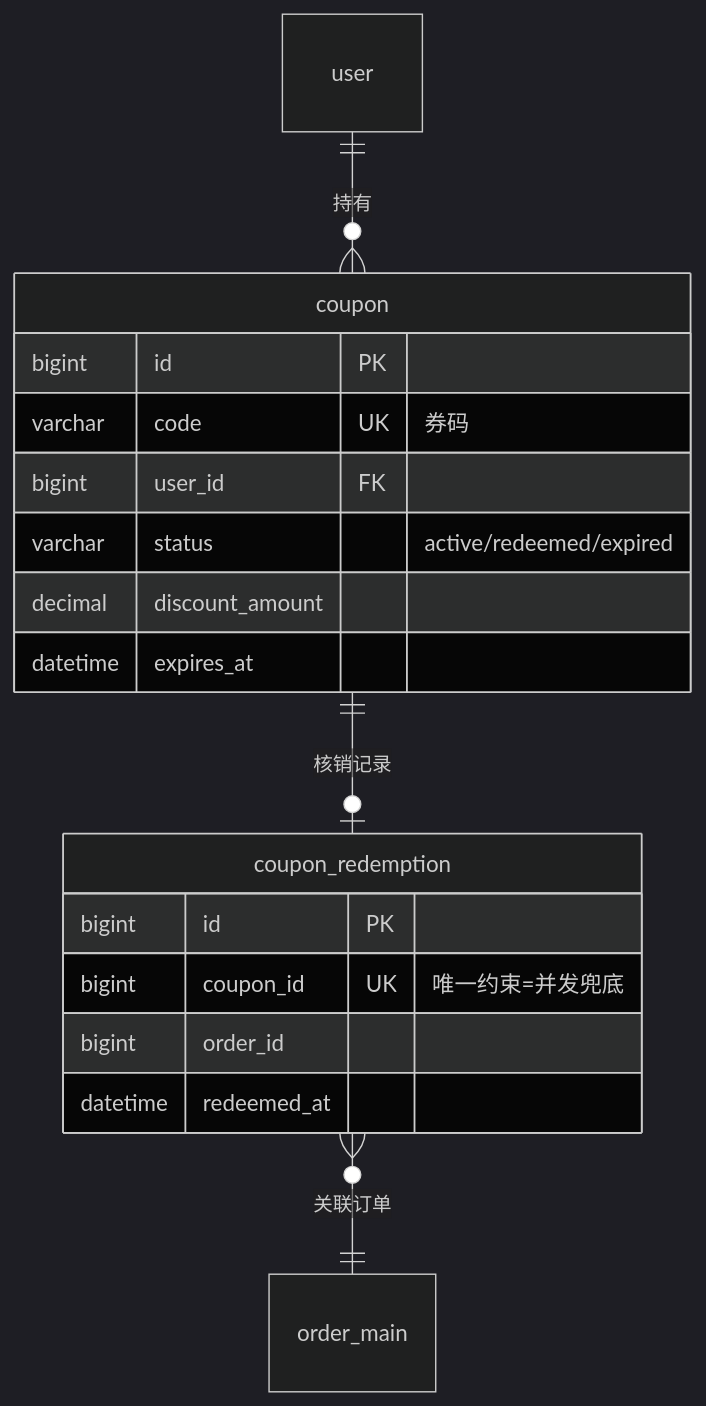
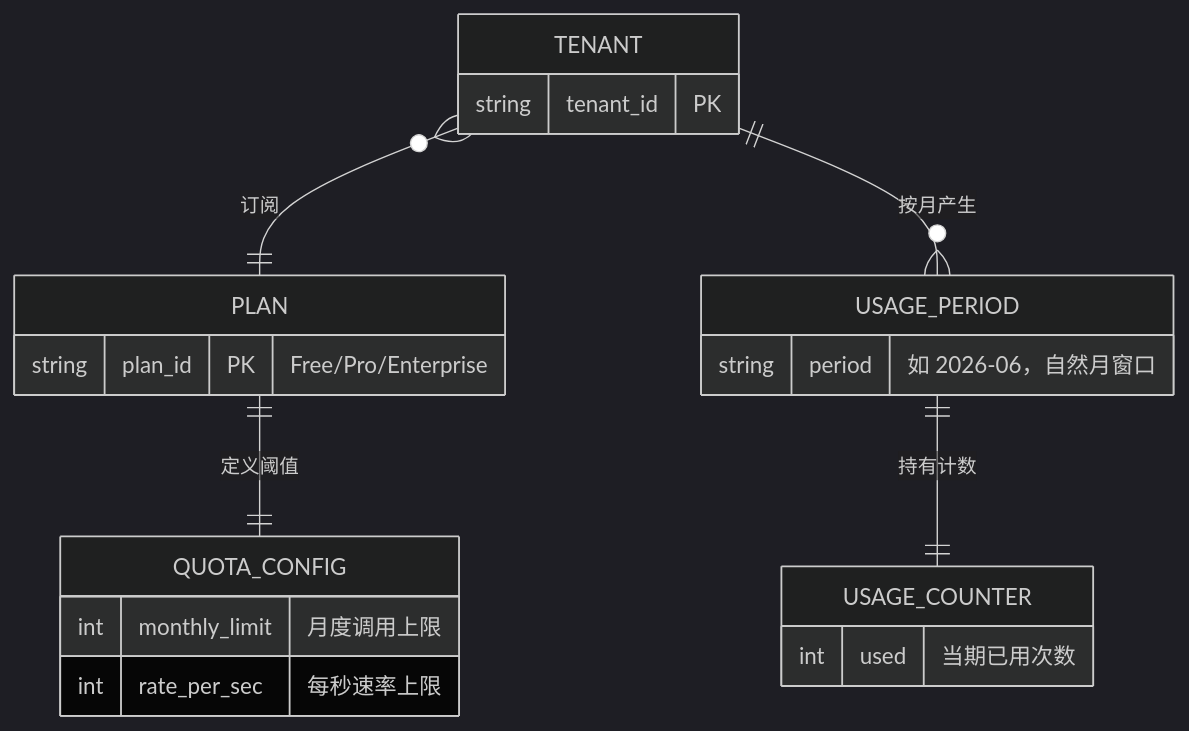
One commit to yanxuan-lc/excalivibe changed the first of 5 diagrams in claude/plugins/gen-ai-development/skills/spec-review/references/worked-example.md. Above: the diagram before and after it, drawn with Mermaid (dark theme). The commit also changed other lines of this file and 41 other files, not shown here.

````diff
--- a/claude/plugins/gen-ai-development/skills/spec-review/references/worked-example.md
+++ b/claude/plugins/gen-ai-development/skills/spec-review/references/worked-example.md
@@ -135,21 +75,23 @@
 ```mermaid
 erDiagram
-    user ||--o{ coupon : "持有"
-    coupon ||--o| coupon_redemption : "核销记录"
-    coupon_redemption }o--|| order_main : "关联订单"
-
-    coupon {
-        bigint id PK
-        varchar code UK "券码"
-        bigint user_id FK
-        varchar status "active/redeemed/expired"
-        decimal discount_amount
-        datetime expires_at
+    PLAN ||--|| QUOTA_CONFIG : "定义阈值"
+    TENANT }o--|| PLAN : "订阅"
+    TENANT ||--o{ USAGE_PERIOD : "按月产生"
+    USAGE_PERIOD ||--|| USAGE_COUNTER : "持有计数"
+    PLAN {
+        string plan_id PK "Free/Pro/Enterprise"
     }
-    coupon_redemption {
-        bigint id PK
-        bigint coupon_id UK "唯一约束=并发兜底"
-        bigint order_id
-        datetime redeemed_at
+    QUOTA_CONFIG {
+        int monthly_limit "月度调用上限"
+        int rate_per_sec "每秒速率上限"
+    }
+    TENANT {
+        string tenant_id PK
+    }
+    USAGE_PERIOD {
+        string period "如 2026-06，自然月窗口"
+    }
+    USAGE_COUNTER {
+        int used "当期已用次数"
     }
 ```
````
